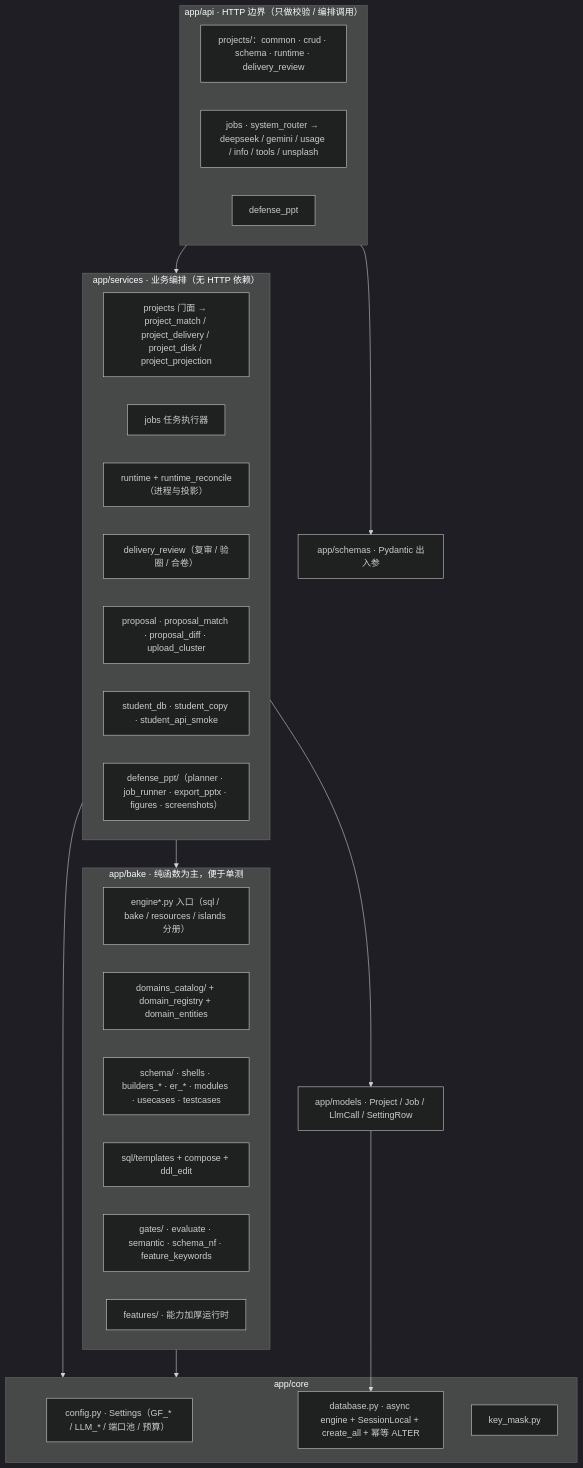
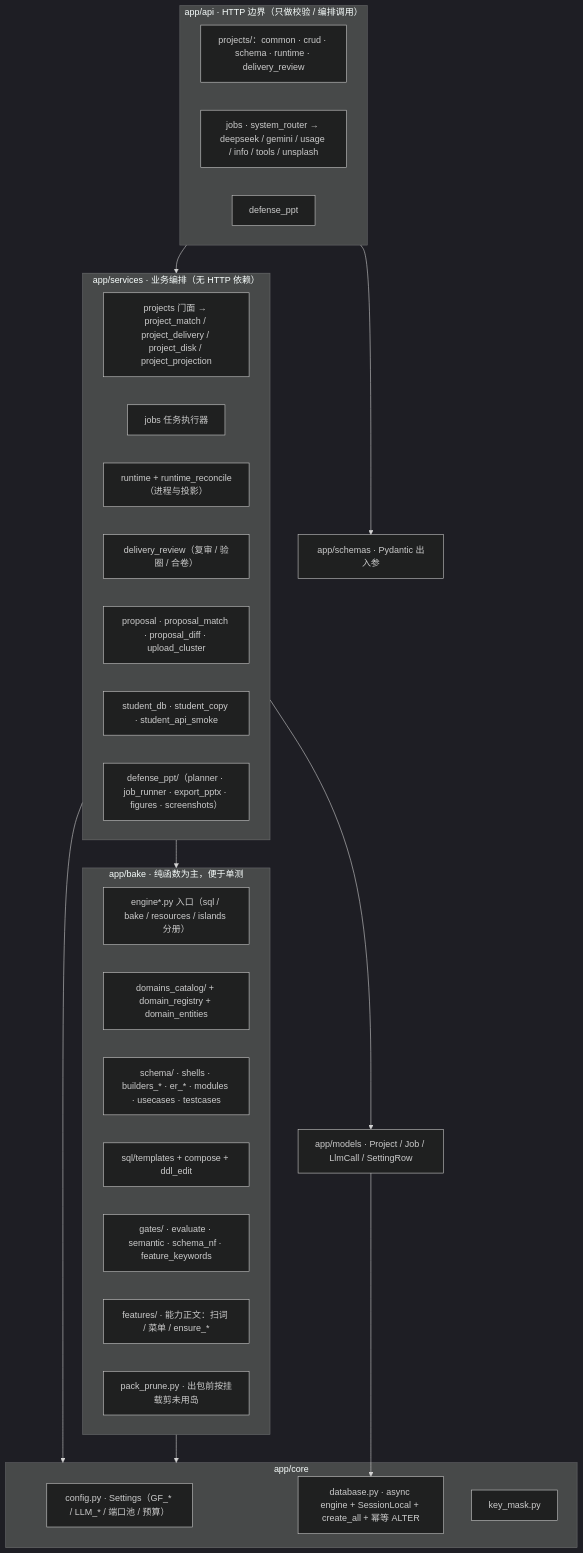
The fifth of 10 diagrams in ARCHITECTURE.md (Ta321487/Gate), drawn with Mermaid (dark theme) before and after one commit. The commit also changed other lines of this file and 11 other files, not shown here.

Commit message:
域目录与架构图：组序改为 A～F 具名、G 真交叉、H 兜底，并补 pack_prune/p3lean。

````diff
--- a/ARCHITECTURE.md
+++ b/ARCHITECTURE.md
@@ -244,44 +251,45 @@
 ```mermaid
 flowchart TB
     subgraph API["app/api · HTTP 边界（只做校验 / 编排调用）"]
         A1["projects/：common · crud · schema · runtime · delivery_review"]
         A2["jobs · system_router → deepseek / gemini / usage / info / tools / unsplash"]
         A3["defense_ppt"]
     end
 
     subgraph SERVICES["app/services · 业务编排（无 HTTP 依赖）"]
         SV1["projects 门面 → project_match / project_delivery / project_disk / project_projection"]
         SV2["jobs 任务执行器"]
         SV3["runtime + runtime_reconcile（进程与投影）"]
         SV4["delivery_review（复审 / 验圈 / 合卷）"]
         SV5["proposal · proposal_match · proposal_diff · upload_cluster"]
         SV6["student_db · student_copy · student_api_smoke"]
         SV7["defense_ppt/（planner · job_runner · export_pptx · figures · screenshots）"]
     end
 
     subgraph CORE["app/core"]
         C1["config.py · Settings（GF_* / LLM_* / 端口池 / 预算）"]
         C2["database.py · async engine + SessionLocal + create_all + 幂等 ALTER"]
         C3["key_mask.py"]
     end
 
     subgraph BAKE["app/bake · 纯函数为主，便于单测"]
         B1["engine*.py 入口（sql / bake / resources / islands 分册）"]
         B2["domains_catalog/ + domain_registry + domain_entities"]
         B3["schema/ · shells · builders_* · er_* · modules · usecases · testcases"]
         B4["sql/templates + compose + ddl_edit"]
         B5["gates/ · evaluate · semantic · schema_nf · feature_keywords"]
-        B6["features/ · 能力加厚运行时"]
+        B6["features/ · 能力正文：扫词 / 菜单 / ensure_*"]
+        B7["pack_prune.py · 出包前按挂载剪未用岛"]
     end
 
     MODELS["app/models · Project / Job / LlmCall / SettingRow"]
     SCHEMAS["app/schemas · Pydantic 出入参"]
 
     API --> SERVICES
     SERVICES --> BAKE
     SERVICES --> MODELS
     API --> SCHEMAS
     SERVICES --> CORE
     BAKE --> CORE
     MODELS --> C2
 ```
````
